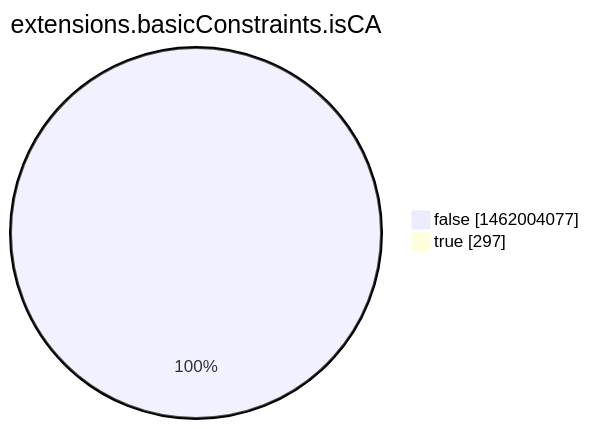
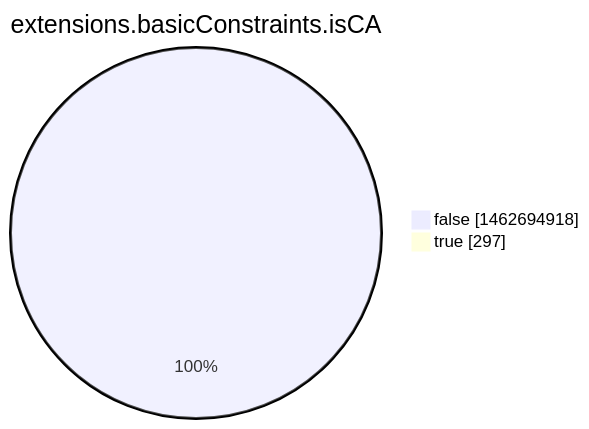
One commit to christiankrug/ctmonitor_visualization changed the eighth of 15 diagrams in argon2022/README.md. Above: the diagram before and after it, drawn with Mermaid. The commit also changed other lines of this file, not shown here.

````diff
--- a/argon2022/README.md
+++ b/argon2022/README.md
@@ -2760,6 +2760,6 @@
 ```mermaid
 pie showData
 title extensions.basicConstraints.isCA
-"false" :1462004077
+"false" :1462694918
 "true" :297
 ```
````
